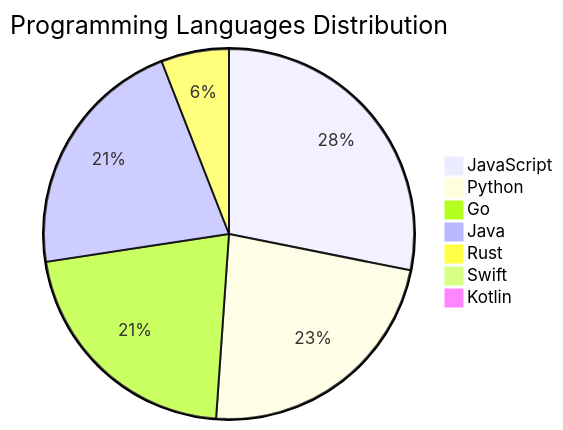
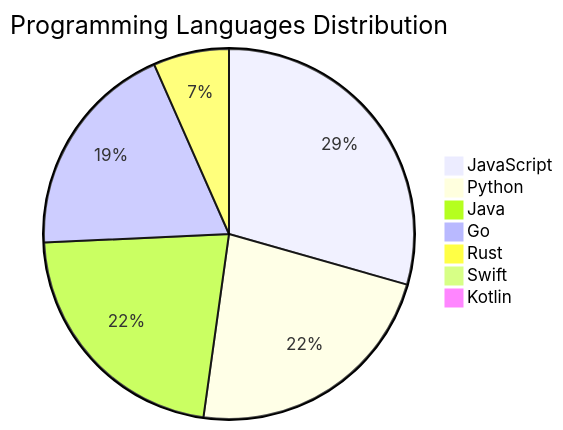
The diagram in README.md (Derrick-MUGISHA/github-activity-bot), drawn with Mermaid before and after one commit. The commit also changed other lines of this file and 4 other files, not shown here.

````diff
--- a/README.md
+++ b/README.md
@@ -213,10 +213,10 @@
 ```mermaid
 pie title Programming Languages Distribution
-    "JavaScript" : 38
+    "JavaScript" : 40
     "Python" : 31
-    "Go" : 29
-    "Java" : 29
-    "Rust" : 8
+    "Java" : 30
+    "Go" : 26
+    "Rust" : 9
     "Swift" : 1
     "Kotlin" : 1
 ```
````
